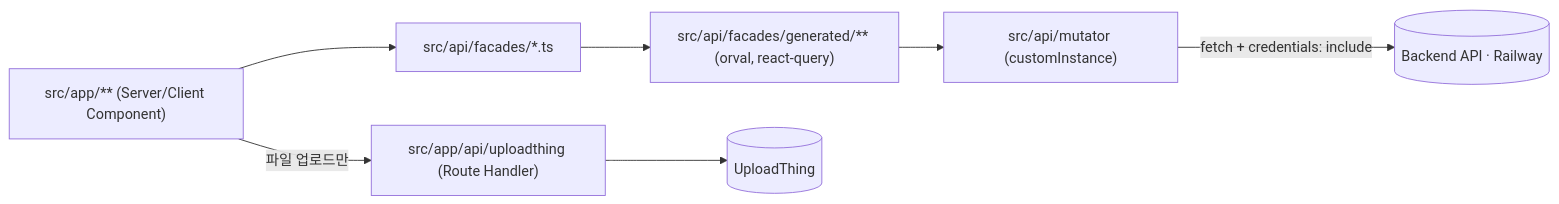
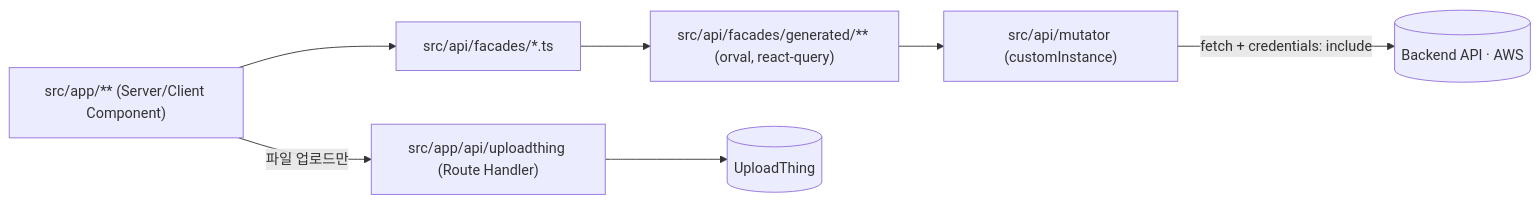
Before and after one commit to peakda/peakda-front: the first of 3 diagrams in ARCHITECTURE.md, drawn with Mermaid. The commit also changed other lines of this file and 3 other files, not shown here.

First line of the commit message:
fix : 백엔드 호스팅 표기 Railway → AWS 정정

````diff
--- a/ARCHITECTURE.md
+++ b/ARCHITECTURE.md
@@ -7,14 +7,14 @@
 ```mermaid
 flowchart LR
   Page["src/app/** (Server/Client Component)"]
   Facade["src/api/facades/*.ts"]
   Generated["src/api/facades/generated/** (orval, react-query)"]
   Mutator["src/api/mutator (customInstance)"]
-  Backend[("Backend API · Railway")]
+  Backend[("Backend API · AWS")]
   Upload["src/app/api/uploadthing (Route Handler)"]
   UT[("UploadThing")]
 
   Page --> Facade --> Generated --> Mutator
   Mutator -->|"fetch + credentials: include"| Backend
   Page -->|파일 업로드만| Upload --> UT
 ```
````
